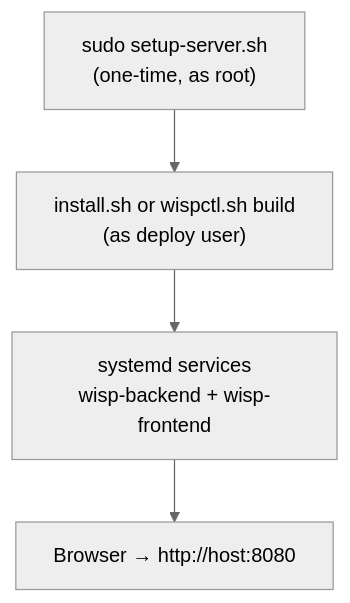
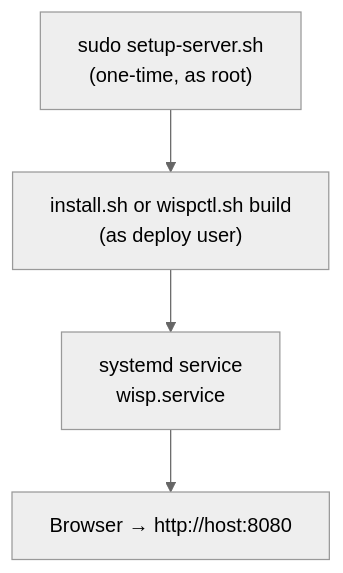
Before and after one commit to acdtrx/wisp: the diagram in docs/spec/DEPLOYMENT.md, drawn with Mermaid (neutral theme). The commit also changed other lines of this file and 32 other files, not shown here.

First line of the commit message:
refactor!: merge frontend Node server into backend (v1.1.0)

````diff
--- a/docs/spec/DEPLOYMENT.md
+++ b/docs/spec/DEPLOYMENT.md
@@ -7,9 +7,9 @@
 ```mermaid
 flowchart TD
     Setup["sudo setup-server.sh\n(one-time, as root)"]
     Install["install.sh or wispctl.sh build\n(as deploy user)"]
-    Services["systemd services\nwisp-backend + wisp-frontend"]
+    Service["systemd service\nwisp.service"]
     Access["Browser → http://host:8080"]
 
-    Setup --> Install --> Services --> Access
+    Setup --> Install --> Service --> Access
 ```
````
